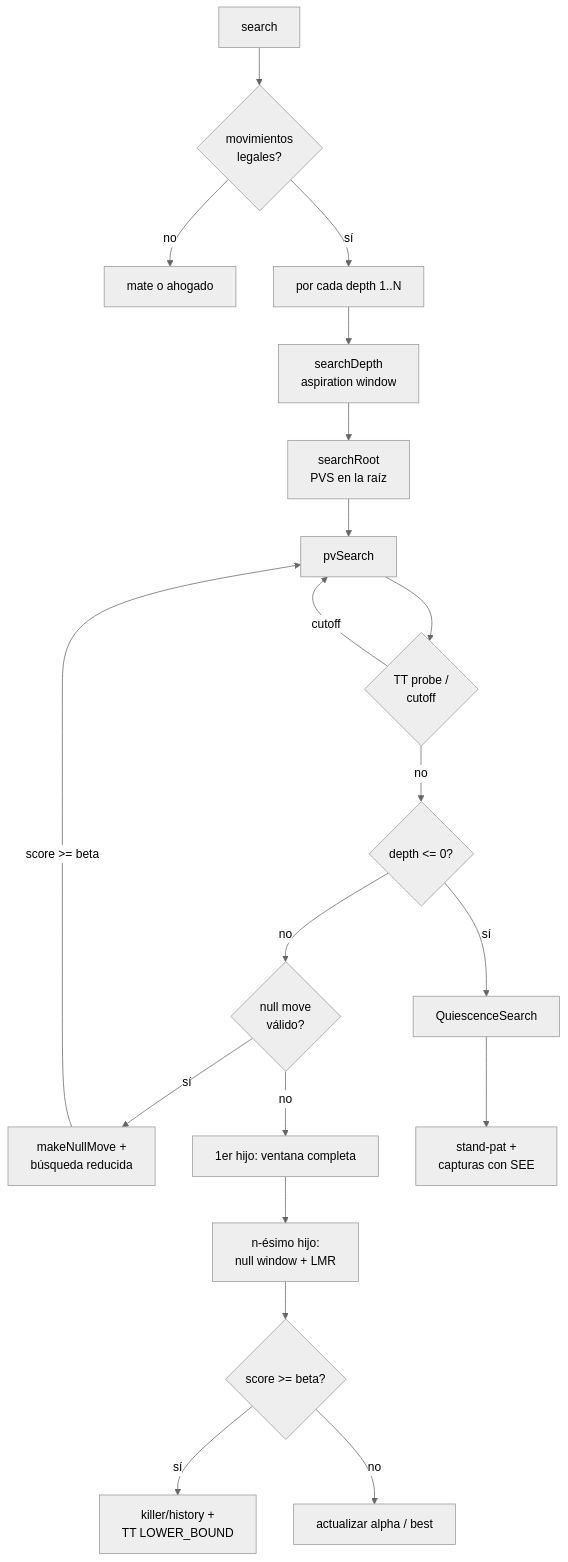
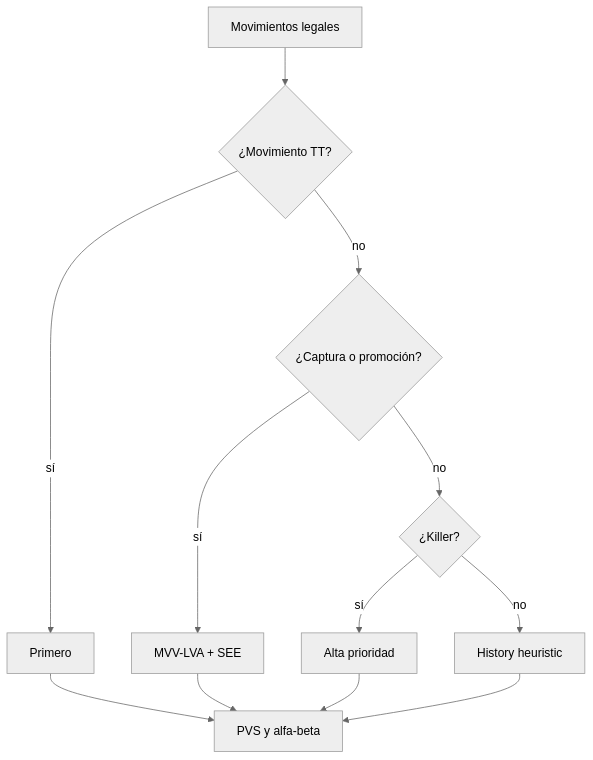
The fifth of 6 diagrams in docs/knightshade-engine.md (escontrela/lastmove), drawn with Mermaid (neutral theme) before and after one commit. The commit also changed other lines of this file and 12 other files, not shown here.

````diff
--- a/docs/knightshade-engine.md
+++ b/docs/knightshade-engine.md
@@ -188,22 +279,14 @@
-```mermaid
+~~~mermaid
 flowchart TD
-    A[search] --> B{movimientos\nlegales?}
-    B -- no --> Z[mate o ahogado]
-    B -- sí --> C[por cada depth 1..N]
-    C --> D[searchDepth\naspiration window]
-    D --> E[searchRoot\nPVS en la raíz]
-    E --> F[pvSearch]
-    F --> G{TT probe /\ncutoff}
-    G -- cutoff --> F
-    G -- no --> H{depth <= 0?}
-    H -- sí --> I[QuiescenceSearch]
-    H -- no --> J{null move\nválido?}
-    J -- sí --> K[makeNullMove +\nbúsqueda reducida]
-    K -- score >= beta --> F
-    J -- no --> L[1er hijo: ventana completa]
-    L --> M[n-ésimo hijo:\nnull window + LMR]
-    M --> N{score >= beta?}
-    N -- sí --> O[killer/history +\nTT LOWER_BOUND]
-    N -- no --> P[actualizar alpha / best]
-    I --> Q[stand-pat +\ncapturas con SEE]
-```
+    A[Movimientos legales] --> B{¿Movimiento TT?}
+    B -- sí --> C[Primero]
+    B -- no --> D{¿Captura o promoción?}
+    D -- sí --> E[MVV-LVA + SEE]
+    D -- no --> F{¿Killer?}
+    F -- sí --> G[Alta prioridad]
+    F -- no --> H[History heuristic]
+    C --> I[PVS y alfa-beta]
+    E --> I
+    G --> I
+    H --> I
+~~~
````
